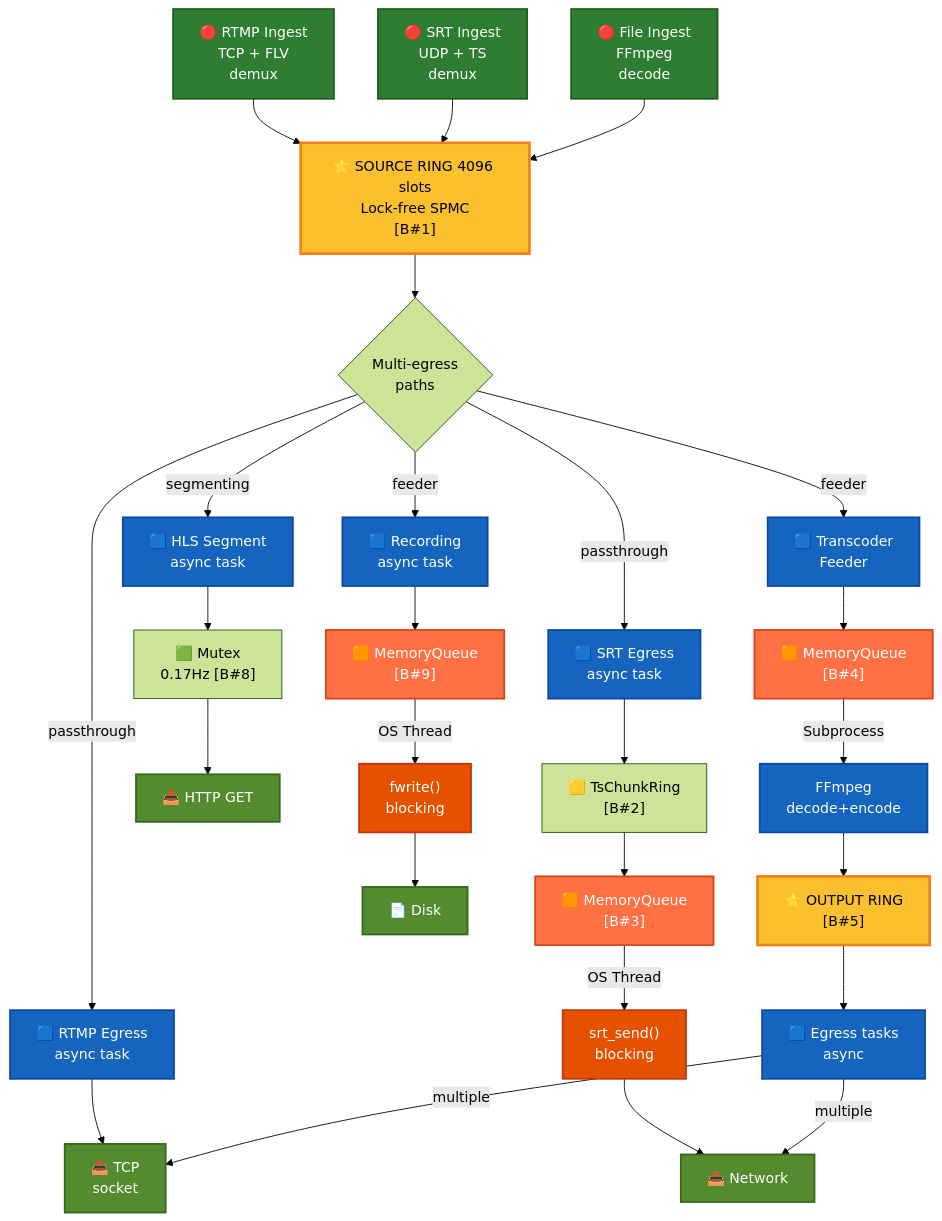
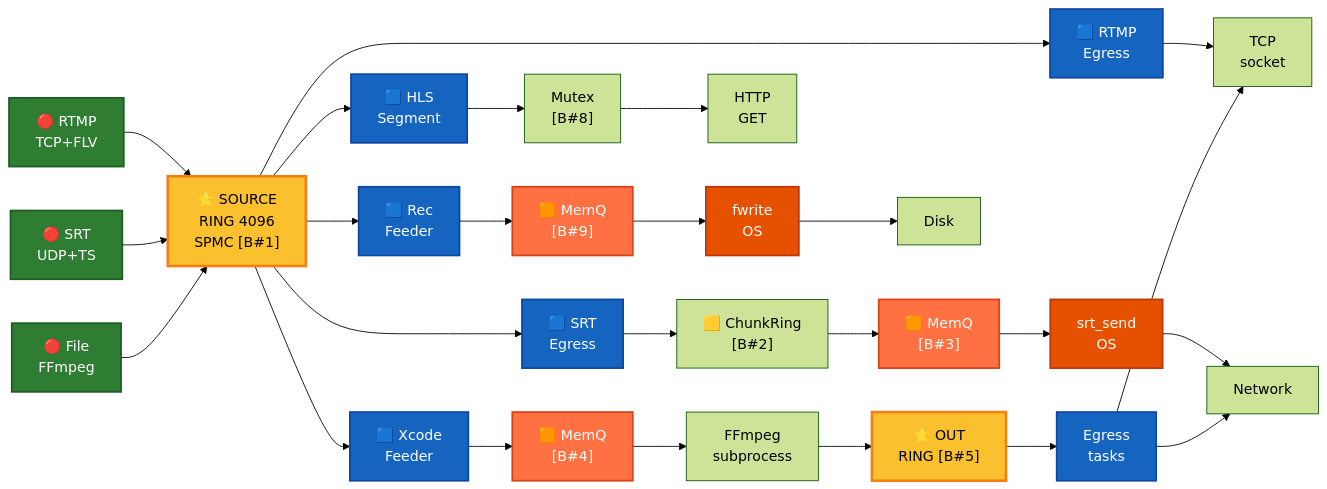
Before and after one commit to live-miracles/restream: the first of 24 diagrams in docs/run-to-completion-analysis.md, drawn with Mermaid (forest theme). The commit also changed other lines of this file, not shown here.

First line of the commit message:
Restructure diagrams to use horizontal layout for vertical space efficiency

````diff
--- a/docs/run-to-completion-analysis.md
+++ b/docs/run-to-completion-analysis.md
@@ -9,55 +9,47 @@
 ```mermaid
-graph TD
-    RTMP["🔴 RTMP Ingest<br/>TCP + FLV<br/>demux"] 
-    SRT["🔴 SRT Ingest<br/>UDP + TS<br/>demux"]
-    File["🔴 File Ingest<br/>FFmpeg<br/>decode"]
+graph LR
+    RTMP["🔴 RTMP<br/>TCP+FLV"] --> SourceRing
+    SRT["🔴 SRT<br/>UDP+TS"] --> SourceRing
+    File["🔴 File<br/>FFmpeg"] --> SourceRing
     
-    RTMP --> SourceRing
-    SRT --> SourceRing
-    File --> SourceRing
+    SourceRing["⭐ SOURCE<br/>RING 4096<br/>SPMC [B#1]"]
     
-    SourceRing["⭐ SOURCE RING 4096 slots<br/>Lock-free SPMC<br/>[B#1]"]
+    SourceRing --> RTMP_EGR["🟦 RTMP<br/>Egress"]
+    SourceRing --> SRT_EGR["🟦 SRT<br/>Egress"]
+    SourceRing --> HLS_EGR["🟦 HLS<br/>Segment"]
+    SourceRing --> RECORD["🟦 Rec<br/>Feeder"]
+    SourceRing --> XCODE_F["🟦 Xcode<br/>Feeder"]
     
-    SourceRing --> Branch{Multi-egress<br/>paths}
+    RTMP_EGR --> RTMP_TCP["TCP<br/>socket"]
     
-    Branch -->|passthrough| RTMP_EGR["🟦 RTMP Egress<br/>async task"]
-    Branch -->|passthrough| SRT_EGR["🟦 SRT Egress<br/>async task"]
-    Branch -->|segmenting| HLS_EGR["🟦 HLS Segment<br/>async task"]
-    Branch -->|feeder| RECORD["🟦 Recording<br/>async task"]
-    Branch -->|feeder| XCODE_F["🟦 Transcoder<br/>Feeder"]
+    SRT_EGR --> SRT_MUX["🟨 ChunkRing<br/>[B#2]"]
+    SRT_MUX --> SRT_QUEUE["🟧 MemQ<br/>[B#3]"]
+    SRT_QUEUE --> SRT_SEND["srt_send<br/>OS"]
+    SRT_SEND --> SRT_NET["Network"]
     
-    RTMP_EGR --> RTMP_TCP["📤 TCP<br/>socket"]
+    HLS_EGR --> HLS_M["Mutex<br/>[B#8]"]
+    HLS_M --> HTTP["HTTP<br/>GET"]
     
-    SRT_EGR --> SRT_MUX["🟨 TsChunkRing<br/>[B#2]"]
-    SRT_MUX --> SRT_QUEUE["🟧 MemoryQueue<br/>[B#3]"]
-    SRT_QUEUE --> |OS Thread| SRT_SEND["srt_send()<br/>blocking"]
-    SRT_SEND --> SRT_NET["📤 Network"]
+    RECORD --> REC_Q["🟧 MemQ<br/>[B#9]"]
+    REC_Q --> FWRITE["fwrite<br/>OS"]
+    FWRITE --> DISK["Disk"]
     
-    HLS_EGR --> HLS_MUTEX["🟩 Mutex<br/>0.17Hz [B#8]"]
-    HLS_MUTEX --> HTTP["📤 HTTP GET"]
-    
-    RECORD --> REC_QUEUE["🟧 MemoryQueue<br/>[B#9]"]
-    REC_QUEUE --> |OS Thread| FWRITE["fwrite()<br/>blocking"]
-    FWRITE --> DISK["📄 Disk"]
-    
-    XCODE_F --> XCODE_QUEUE["🟧 MemoryQueue<br/>[B#4]"]
-    XCODE_QUEUE --> |Subprocess| FFMPEG["FFmpeg<br/>decode+encode"]
-    FFMPEG --> OUTPUT["⭐ OUTPUT RING<br/>[B#5]"]
-    OUTPUT --> XCODE_OUT["🟦 Egress tasks<br/>async"]
-    XCODE_OUT --> |multiple| RTMP_TCP
-    XCODE_OUT --> |multiple| SRT_NET
+    XCODE_F --> XCODE_Q["🟧 MemQ<br/>[B#4]"]
+    XCODE_Q --> FFMPEG["FFmpeg<br/>subprocess"]
+    FFMPEG --> OUTPUT["⭐ OUT<br/>RING [B#5]"]
+    OUTPUT --> XCODE_OUT["Egress<br/>tasks"]
+    XCODE_OUT --> RTMP_TCP
+    XCODE_OUT --> SRT_NET
     
     classDef ingest fill:#2e7d32,stroke:#1b5e20,stroke-width:2px,color:#fff
     classDef ring fill:#fbc02d,stroke:#f57f17,stroke-width:3px,color:#000
     classDef task fill:#1565c0,stroke:#0d47a1,stroke-width:2px,color:#fff
     classDef thread fill:#e65100,stroke:#bf360c,stroke-width:2px,color:#fff
     classDef queue fill:#ff7043,stroke:#d84315,stroke-width:2px,color:#fff
-    classDef output fill:#558b2f,stroke:#33691e,stroke-width:2px,color:#fff
     
     class RTMP,SRT,File ingest
     class SourceRing,OUTPUT ring
-    class RTMP_EGR,SRT_EGR,HLS_EGR,RECORD,XCODE_F,XCODE_OUT,FFMPEG task
+    class RTMP_EGR,SRT_EGR,HLS_EGR,RECORD,XCODE_F,XCODE_OUT task
     class SRT_SEND,FWRITE thread
-    class SRT_QUEUE,REC_QUEUE,XCODE_QUEUE queue
-    class RTMP_TCP,SRT_NET,HTTP,DISK output
+    class SRT_QUEUE,REC_Q,XCODE_Q queue
 ```
````
